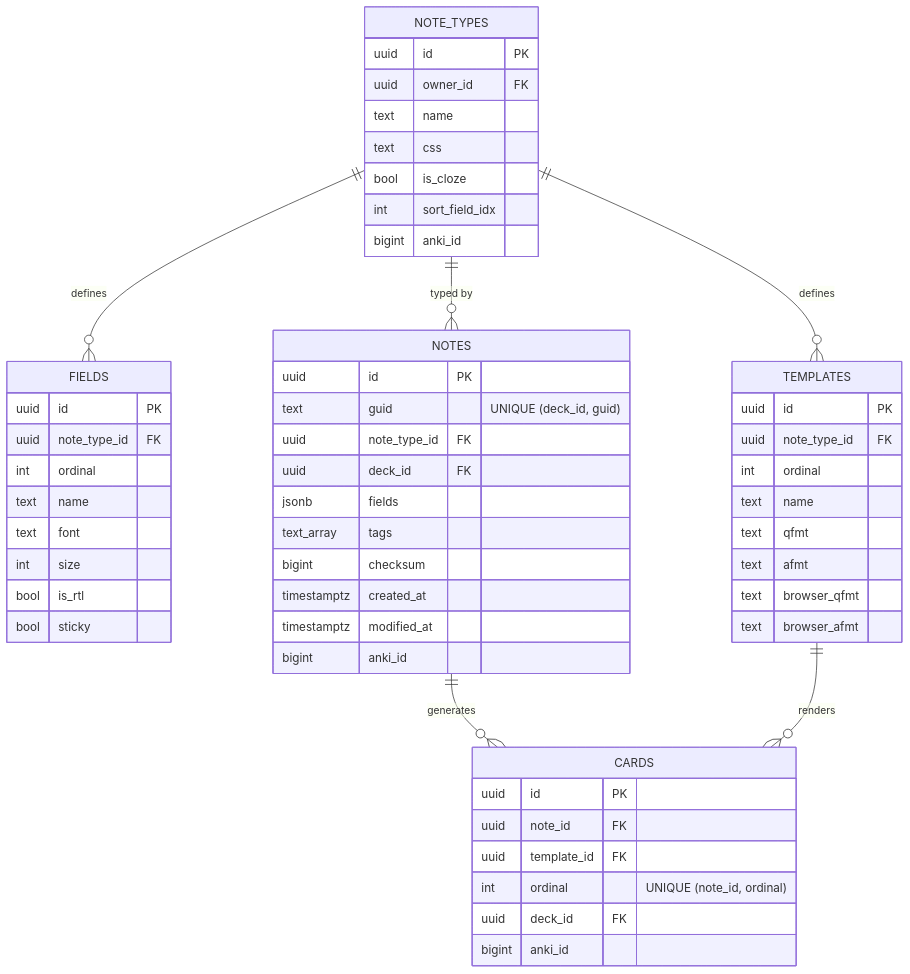
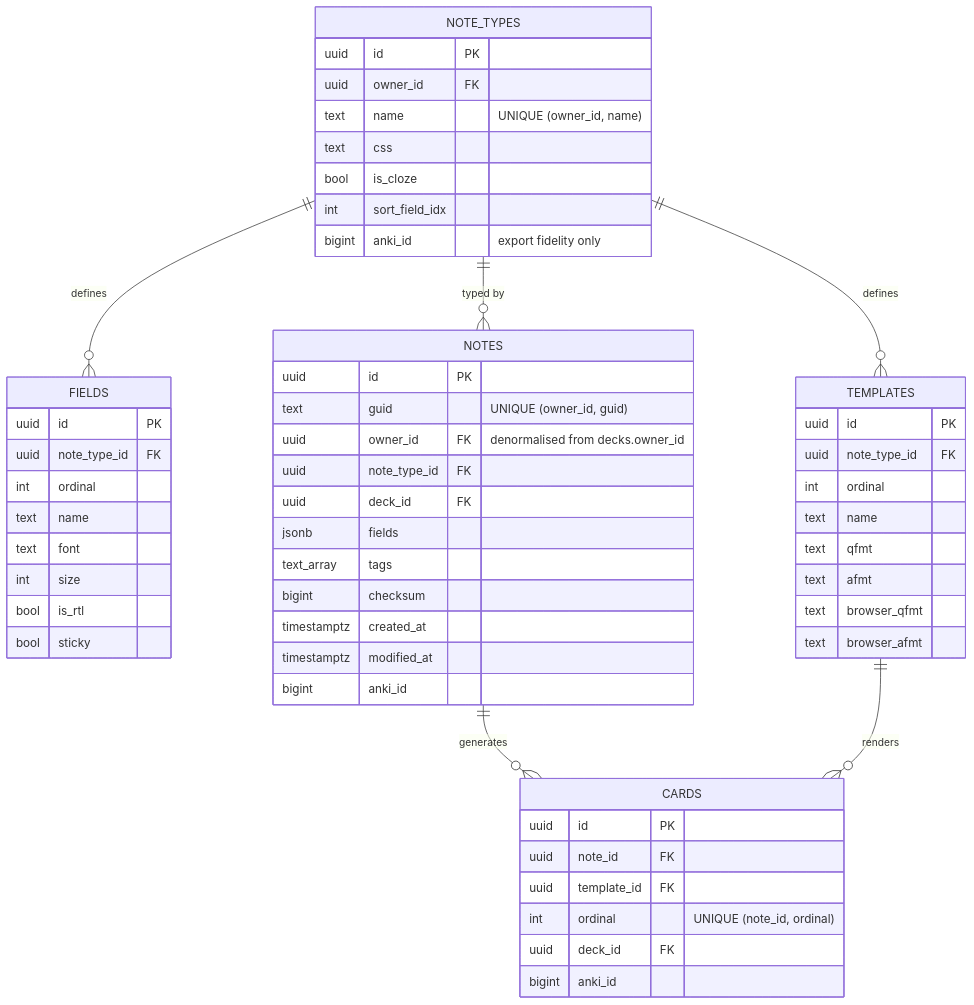
One commit to Jolls/deckshare changed the second of 5 diagrams in docs/schema-diagram.md. Above: the diagram before and after it, drawn with Mermaid. The commit also changed other lines of this file and 23 other files, not shown here.

````diff
--- a/docs/schema-diagram.md
+++ b/docs/schema-diagram.md
@@ -214,62 +222,63 @@
 ```mermaid
 erDiagram
     NOTE_TYPES ||--o{ FIELDS : "defines"
     NOTE_TYPES ||--o{ TEMPLATES : "defines"
     NOTE_TYPES ||--o{ NOTES : "typed by"
     NOTES ||--o{ CARDS : "generates"
     TEMPLATES ||--o{ CARDS : "renders"
 
     NOTE_TYPES {
         uuid id PK
         uuid owner_id FK
-        text name
+        text name "UNIQUE (owner_id, name)"
         text css
         bool is_cloze
         int sort_field_idx
-        bigint anki_id
+        bigint anki_id "export fidelity only"
     }
 
     FIELDS {
         uuid id PK
         uuid note_type_id FK
         int ordinal
         text name
         text font
         int size
         bool is_rtl
         bool sticky
     }
 
     TEMPLATES {
         uuid id PK
         uuid note_type_id FK
         int ordinal
         text name
         text qfmt
         text afmt
         text browser_qfmt
         text browser_afmt
     }
 
     NOTES {
         uuid id PK
-        text guid "UNIQUE (deck_id, guid)"
+        text guid "UNIQUE (owner_id, guid)"
+        uuid owner_id FK "denormalised from decks.owner_id"
         uuid note_type_id FK
         uuid deck_id FK
         jsonb fields
         text_array tags
         bigint checksum
         timestamptz created_at
         timestamptz modified_at
         bigint anki_id
     }
 
     CARDS {
         uuid id PK
         uuid note_id FK
         uuid template_id FK
         int ordinal "UNIQUE (note_id, ordinal)"
         uuid deck_id FK
         bigint anki_id
     }
 ```
````
